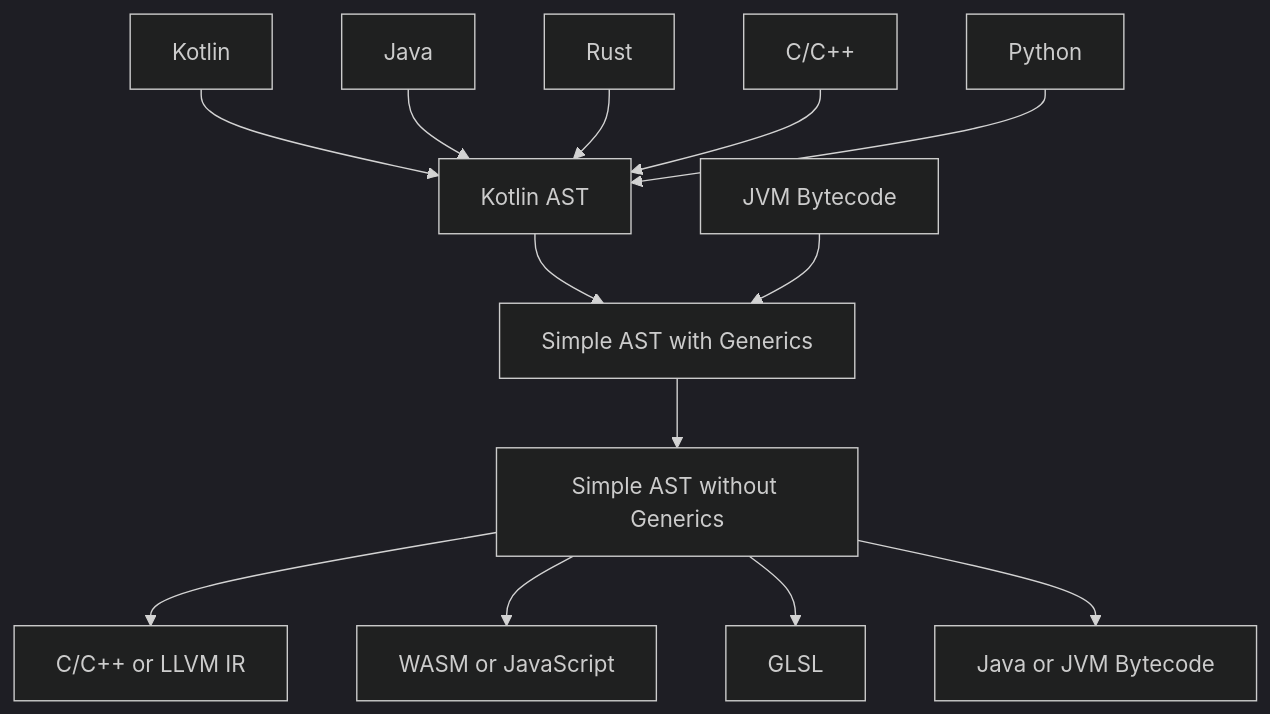
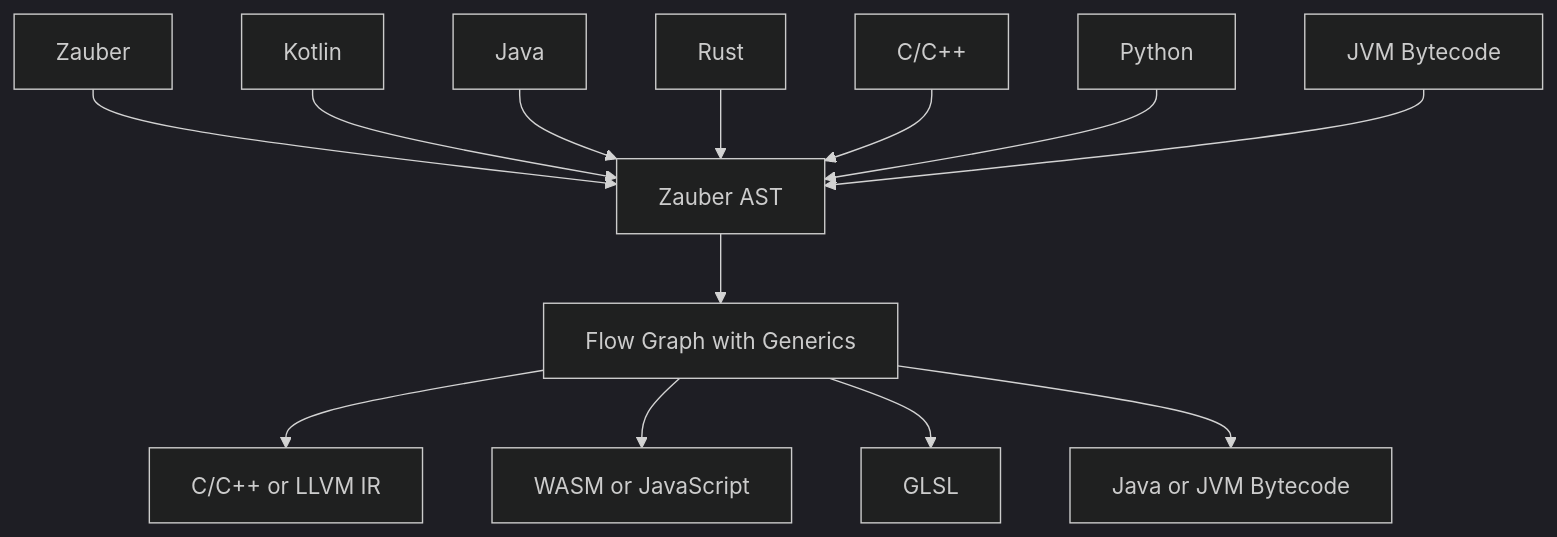
Before and after one commit to AntonioNoack/Zauber: the diagram in README.md, drawn with Mermaid (dark theme). The commit also changed other lines of this file and 29 other files, not shown here.

````diff
--- a/README.md
+++ b/README.md
@@ -70,15 +70,15 @@
 ```mermaid
 flowchart TD
-    Kotlin --> Intermediate[Kotlin AST]
+    Zauber --> Intermediate[Zauber AST]
+    Kotlin --> Intermediate
     Java --> Intermediate
     Rust --> Intermediate
     Cpp[C/C++] --> Intermediate
     Python --> Intermediate
-    Intermediate --> Simple0[Simple AST with Generics]
-    Simple0 --> Simple[Simple AST without Generics]
-    JVM[JVM Bytecode] --> Simple0
+    JVM[JVM Bytecode] --> Intermediate
+    Intermediate --> Simple[Flow Graph with Generics]
     Simple --> C2[C/C++ or LLVM IR]
     Simple --> WASM[WASM or JavaScript]
     Simple --> GLSL
     Simple --> Java2[Java or JVM Bytecode]
 ```
````
